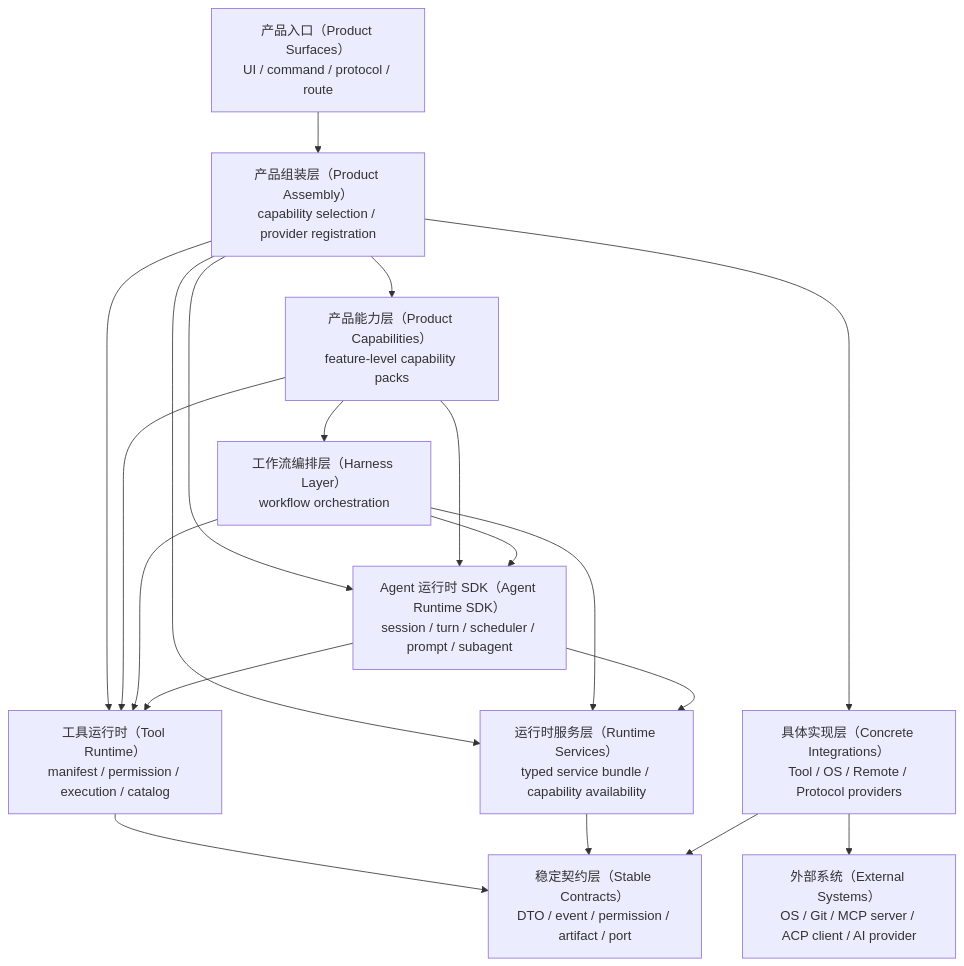
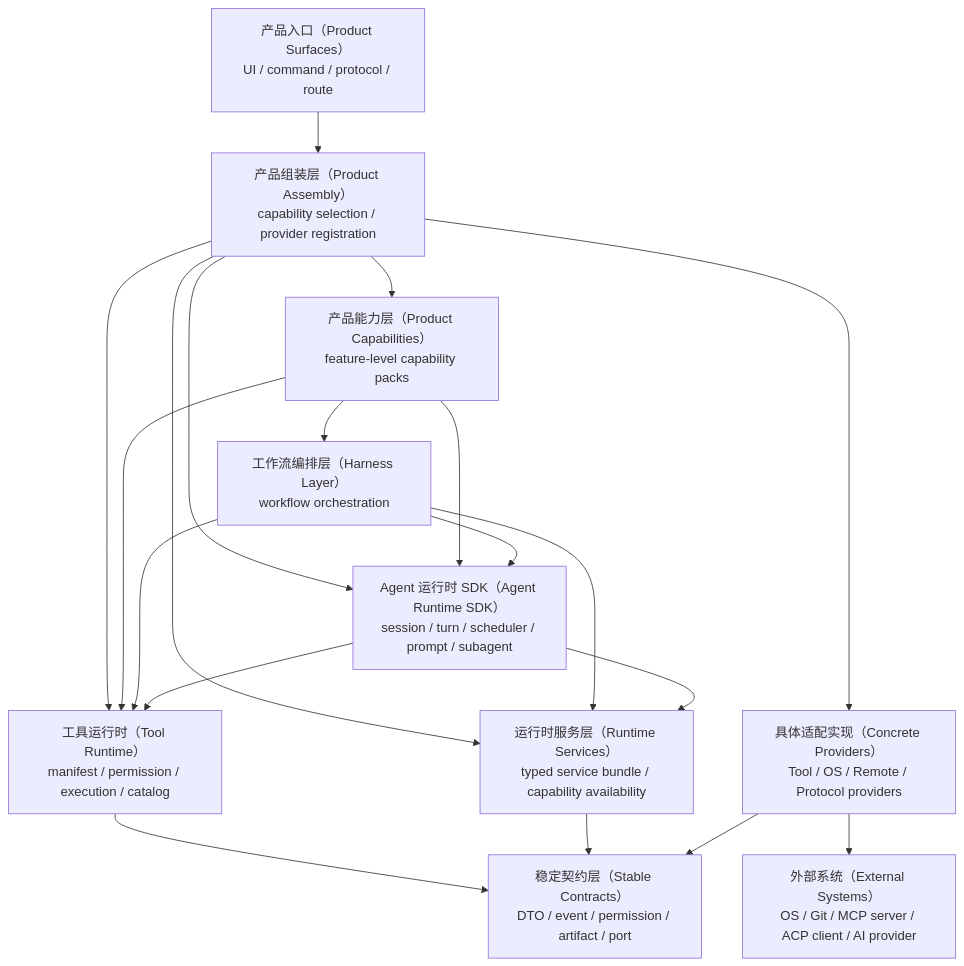
One commit to 1688mengdie/BitFun changed the second of 3 diagrams in docs/architecture/core-decomposition.md. Above: the diagram before and after it, drawn with Mermaid. The commit also changed other lines of this file and 1386 other files, not shown here.

````diff
--- a/docs/architecture/core-decomposition.md
+++ b/docs/architecture/core-decomposition.md
@@ -187,32 +187,32 @@
 ```mermaid
 flowchart TB
   Surface["产品入口（Product Surfaces）<br/>UI / command / protocol / route"]
   Assembly["产品组装层（Product Assembly）<br/>capability selection / provider registration"]
   Capabilities["产品能力层（Product Capabilities）<br/>feature-level capability packs"]
   Harness["工作流编排层（Harness Layer）<br/>workflow orchestration"]
   AgentRuntime["Agent 运行时 SDK（Agent Runtime SDK）<br/>session / turn / scheduler / prompt / subagent"]
   ToolRuntime["工具运行时（Tool Runtime）<br/>manifest / permission / execution / catalog"]
   RuntimeServices["运行时服务层（Runtime Services）<br/>typed service bundle / capability availability"]
-  Integrations["具体实现层（Concrete Integrations）<br/>Tool / OS / Remote / Protocol providers"]
+  Integrations["具体适配实现（Concrete Providers）<br/>Tool / OS / Remote / Protocol providers"]
   Contracts["稳定契约层（Stable Contracts）<br/>DTO / event / permission / artifact / port"]
   External["外部系统（External Systems）<br/>OS / Git / MCP server / ACP client / AI provider"]
 
   Surface --> Assembly
   Assembly --> Capabilities
   Assembly --> AgentRuntime
   Assembly --> ToolRuntime
   Assembly --> RuntimeServices
   Assembly --> Integrations
   Capabilities --> Harness
   Capabilities --> AgentRuntime
   Capabilities --> ToolRuntime
   Harness --> AgentRuntime
   Harness --> ToolRuntime
   Harness --> RuntimeServices
   AgentRuntime --> ToolRuntime
   AgentRuntime --> RuntimeServices
   ToolRuntime --> Contracts
   RuntimeServices --> Contracts
   Integrations --> Contracts
   Integrations --> External
 ```
````
